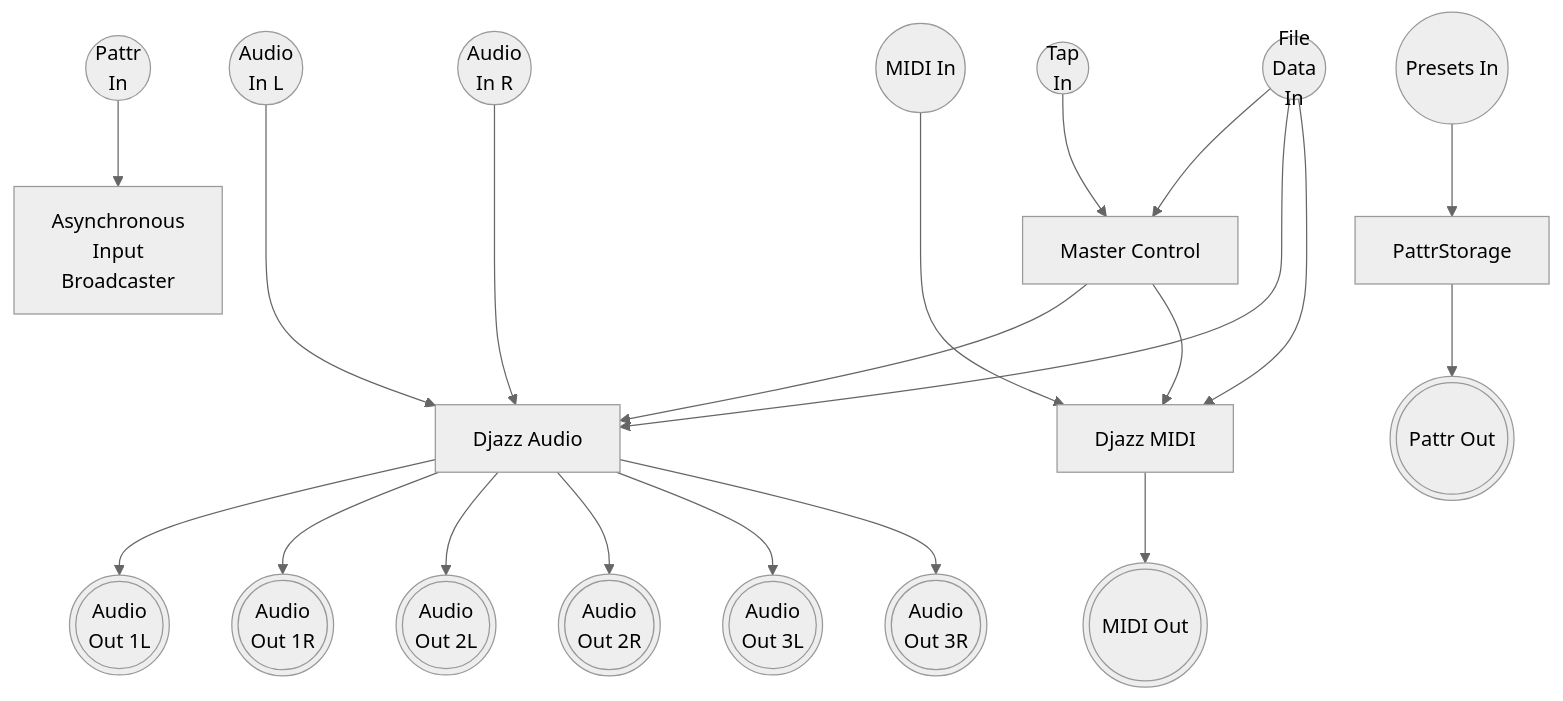
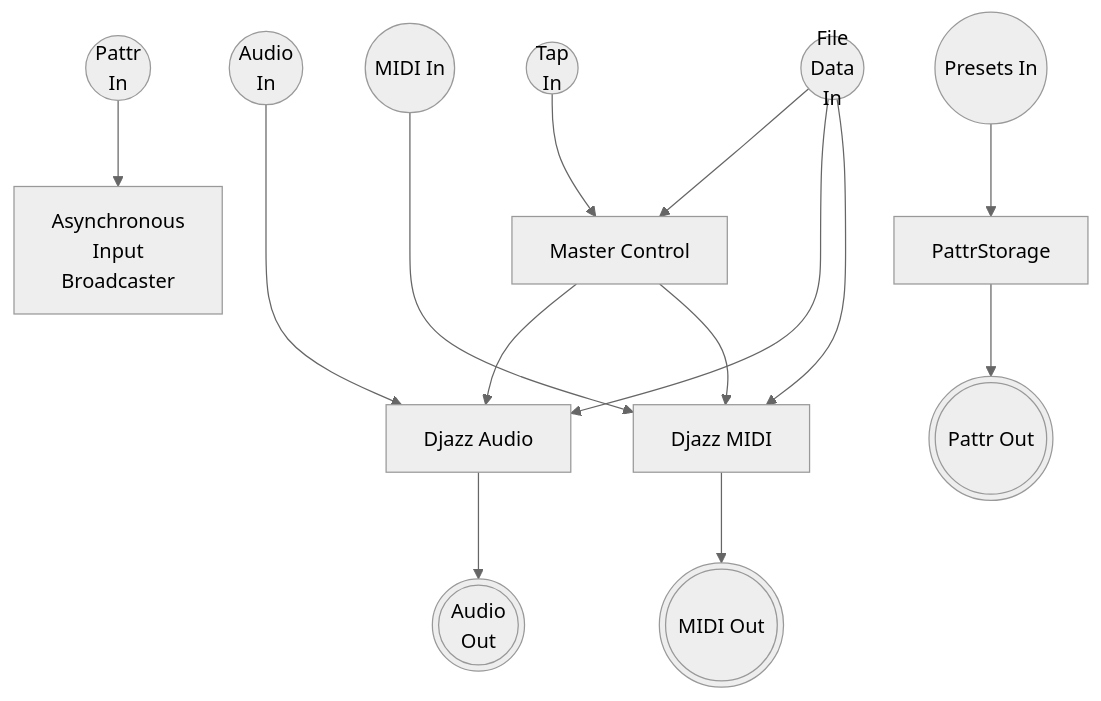
The first of 2 diagrams in content/3_API/1_abstraction_references/djazz.md (repmus-docs/DjazzDocs), drawn with Mermaid (neutral theme) before and after one commit. The commit also changed other lines of this file, not shown here.

Commit message:
add detailed flowchart to djazz api ref

```diff
--- a/content/3_API/1_abstraction_references/djazz.md
+++ b/content/3_API/1_abstraction_references/djazz.md
@@ -8,60 +8,45 @@
 {{<mermaid align="left">}}
 flowchart TB;
-
 
 TapIn((Tap\nIn))
 PattrIn((Pattr\nIn))
 
-AudioIn1((Audio\nIn L))
-AudioIn2((Audio\nIn R))
+AudioIn((Audio\nIn))
 MidiIn((MIDI In))
 
 DataIn((File\nData\nIn))
 PresetIn((Presets In))
 
 PattrBroadcast[Asynchronous\nInput\nBroadcaster]
 Master[Master Control]
 Audio[Djazz Audio]
 Midi[Djazz MIDI]
 PattrStorage[PattrStorage]
 
-
 click Master "./../components/master_control.html" "Master Control"
 click Audio "audio.html" "Master Control"
 click Midi "midi.html" "Master Control"
 
-
-AudioOut1(((Audio\nOut 1L)))
-AudioOut2(((Audio\nOut 1R)))
-AudioOut3(((Audio\nOut 2L)))
-AudioOut4(((Audio\nOut 2R)))
-AudioOut5(((Audio\nOut 3L)))
-AudioOut6(((Audio\nOut 3R)))
+AudioOut(((Audio\nOut)))
 MidiOut(((MIDI Out)))
 PattrOut(((Pattr Out)))
 
 TapIn-->Master
 
 PattrIn-->PattrBroadcast
-AudioIn1--->Audio
-AudioIn2--->Audio
+AudioIn--->Audio
 MidiIn--->Midi
 DataIn-->Master
 DataIn-->Audio
 DataIn-->Midi
 Master-->Audio
 Master-->Midi
 
-Audio-->AudioOut1
-Audio-->AudioOut2
-Audio-->AudioOut3
-Audio-->AudioOut4
-Audio-->AudioOut5
-Audio-->AudioOut6
+Audio-->AudioOut
 
 Midi-->MidiOut
 
 PresetIn-->PattrStorage
 PattrStorage-->PattrOut
 
 {{< /mermaid >}}
```
